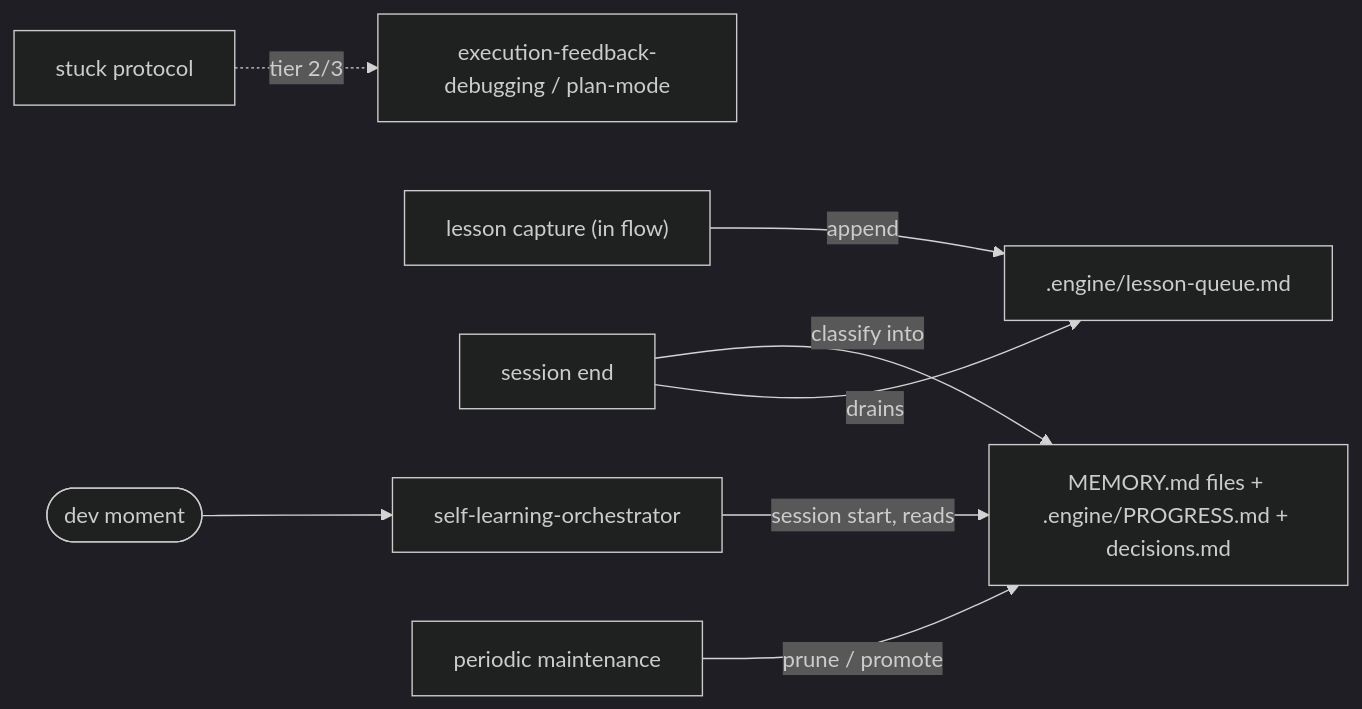
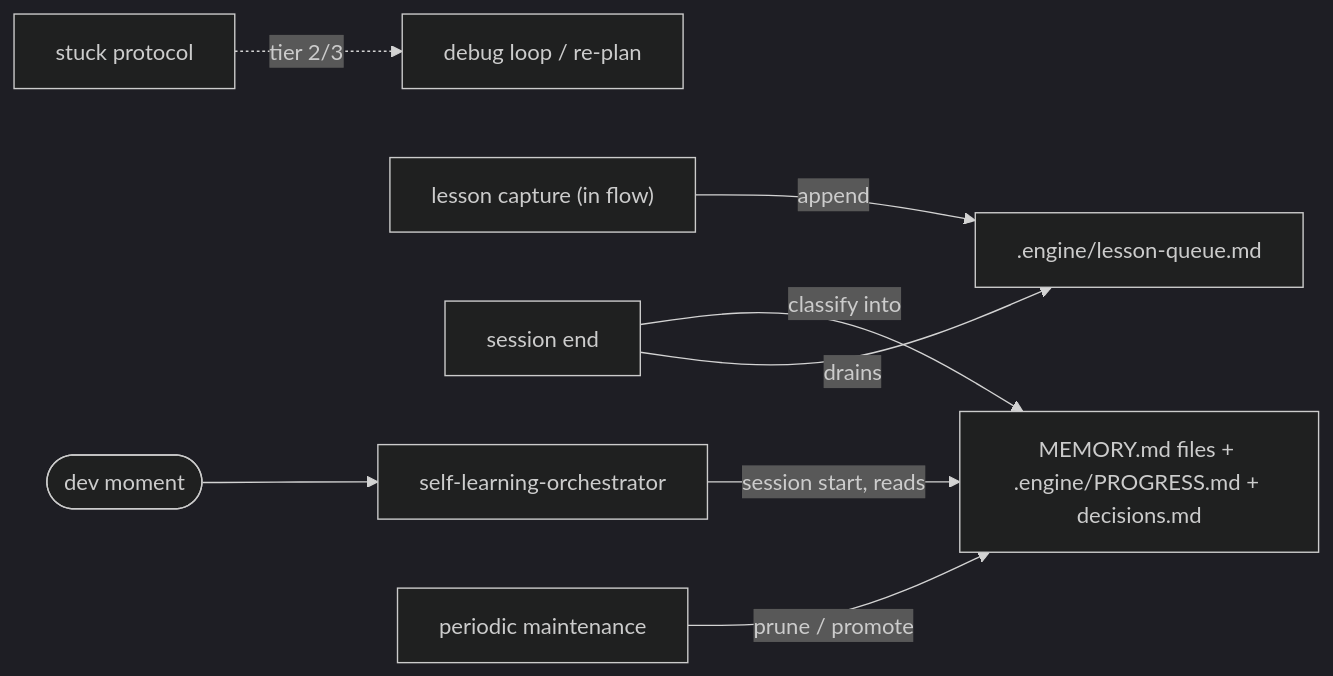
One commit to Tolkoton/claude-cli-config changed the second of 2 diagrams in .claude/README.md. Above: the diagram before and after it, drawn with Mermaid (dark theme). The commit also changed 6 other files, not shown here.

````diff
--- a/.claude/README.md
+++ b/.claude/README.md
@@ -136,10 +136,10 @@
 ```mermaid
 flowchart LR
   moment([dev moment]) --> SLO[self-learning-orchestrator]
   SLO -->|session start, reads| MEM["MEMORY.md files + .engine/PROGRESS.md + decisions.md"]
   LES["lesson capture (in flow)"] -->|append| LQ[".engine/lesson-queue.md"]
   WRAP["session end"] -->|drains| LQ
   WRAP -->|classify into| MEM
-  STK["stuck protocol"] -.->|tier 2/3| dbg[execution-feedback-debugging / plan-mode]
+  STK["stuck protocol"] -.->|tier 2/3| dbg[debug loop / re-plan]
   MM["periodic maintenance"] -->|prune / promote| MEM
 ```
````
